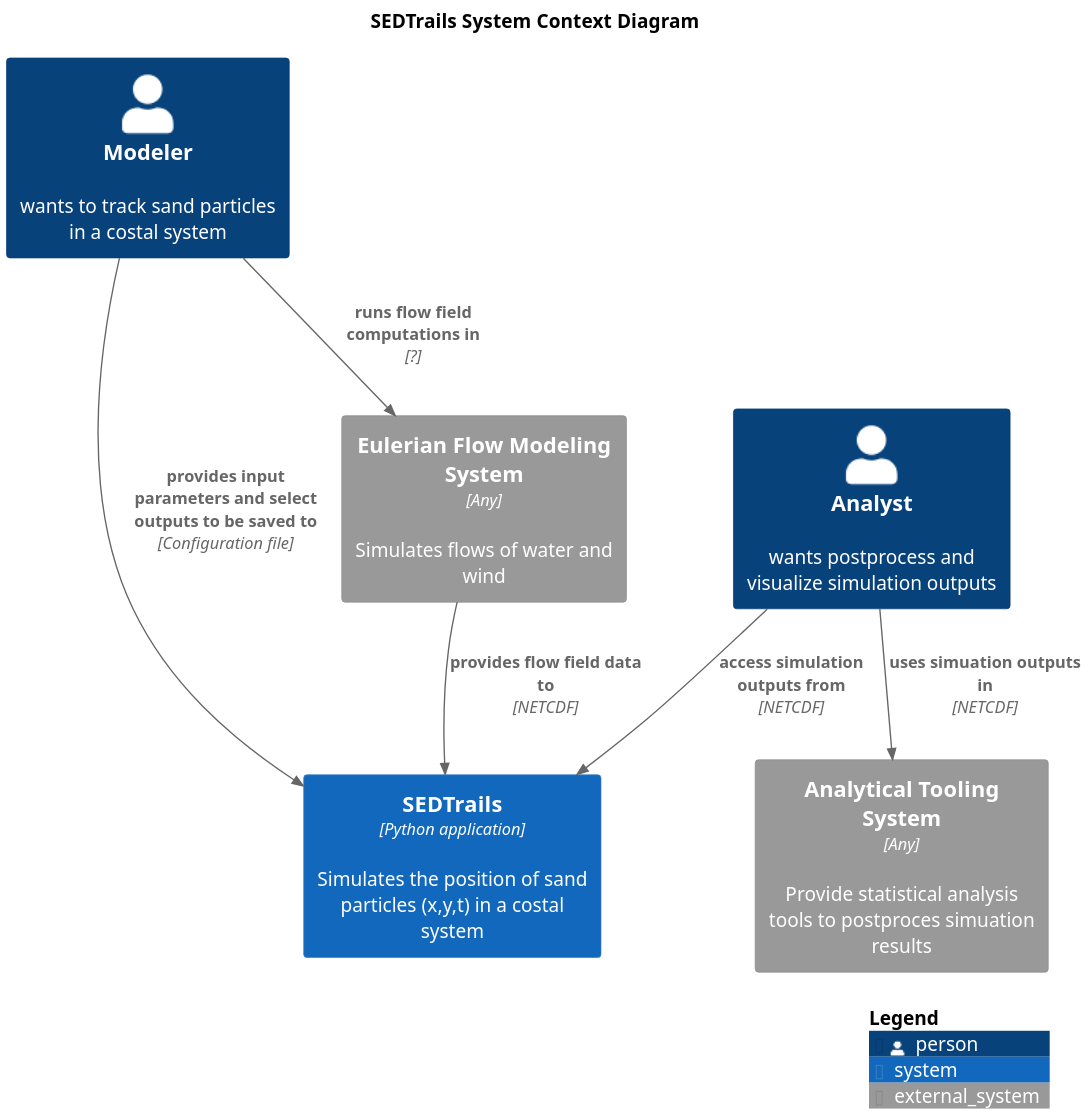
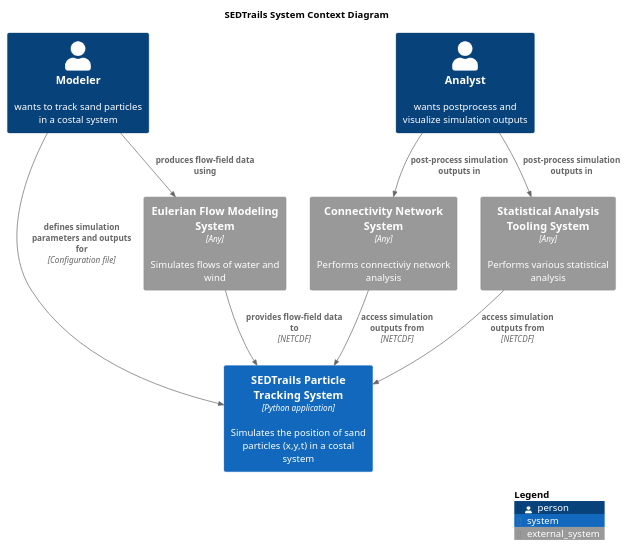
Before and after one commit to sgpearson17/sedtrails-sgp: the diagram in diagrams/context-system.puml, drawn with PlantUML.

Commit message:
system diagrama v2

```diff
--- a/diagrams/context-system.puml
+++ b/diagrams/context-system.puml
@@ -1,27 +1,31 @@
 @startuml SedtrailContext
 !include <C4/C4_Container>
 
 title SEDTrails System Context Diagram
-scale 2
+' scale 2
 
 Person(modeler, "Modeler", "wants to track sand particles in a costal system")
 Person(analyst, "Analyst", "wants postprocess and visualize simulation outputs")
 
 
-System(sedtrails, "SEDTrails", "Simulates the position of sand particles (x,y,t) in a costal system", $type="Python application")
+System(sedtrails, "SEDTrails Particle Tracking System", "Simulates the position of sand particles (x,y,t) in a costal system", $type="Python application")
 
 
 System_Ext(flowSystem, "Eulerian Flow Modeling System", "Simulates flows of water and wind", $type="Any")
 
 
-System_Ext(analyticalSystem, "Analytical Tooling System", "Provide statistical analysis tools to postproces simuation results", $type="Any")
+System_Ext(connectivityNetworkSys, "Connectivity Network System", "Performs connectiviy network analysis", $type="Any")
+System_Ext(statisticsSys, "Statistical Analysis Tooling System", "Performs various statistical analysis", $type="Any")
 
-Rel(modeler, sedtrails, "provides input parameters and select outputs to be saved to", "Configuration file")
-Rel(analyst, sedtrails, "access simulation outputs from", "NETCDF")
-Rel(modeler, flowSystem, "runs flow field computations in", "?")
+Rel(analyst, connectivityNetworkSys, "post-process simulation outputs in")
+Rel(analyst, statisticsSys, "post-process simulation outputs in")
 
-Rel(flowSystem, sedtrails, "provides flow field data to ", "NETCDF")
-Rel(analyst, analyticalSystem, "uses simuation outputs in ", "NETCDF")
+Rel(modeler, sedtrails, "defines simulation parameters and outputs for", "Configuration file")
+Rel(modeler, flowSystem, "produces flow-field data using")
+Rel(connectivityNetworkSys, sedtrails, "access simulation outputs from", "NETCDF")
+Rel(statisticsSys, sedtrails, "access simulation outputs from", "NETCDF")
+
+Rel(flowSystem, sedtrails, "provides flow-field data to ", "NETCDF")
 
 SHOW_LEGEND()
 @enduml
```
